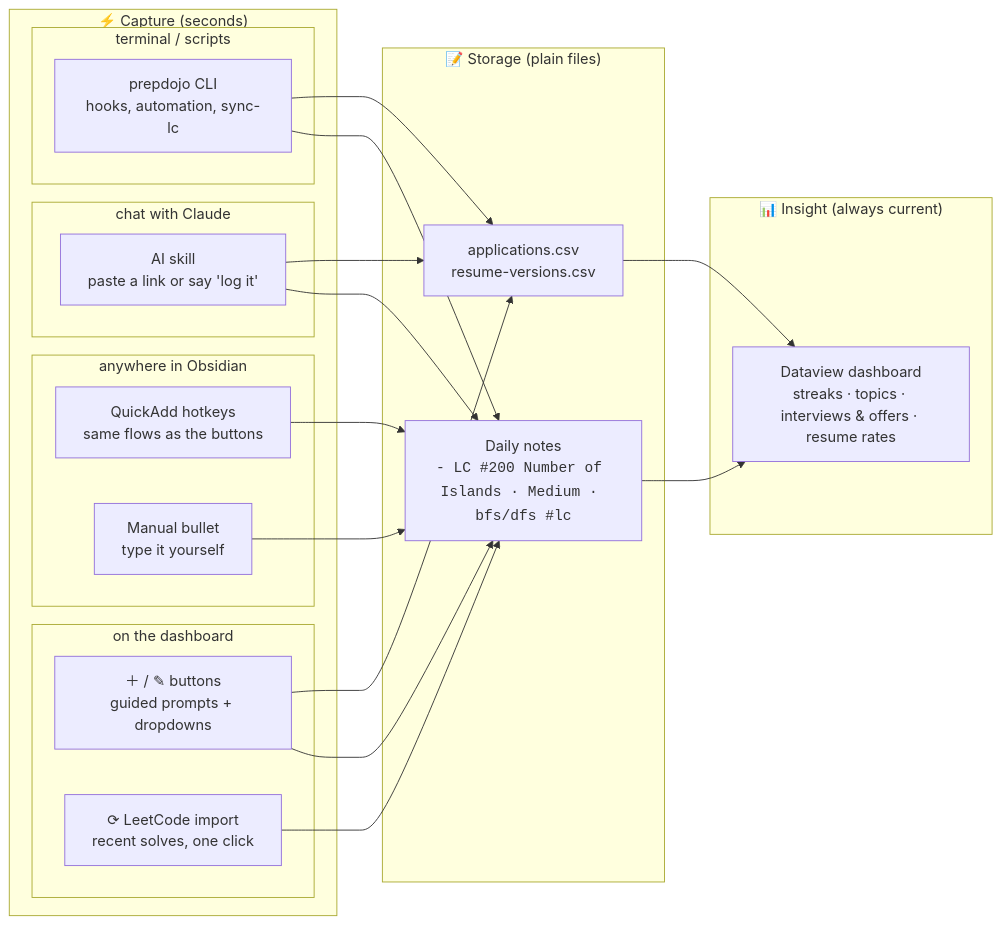
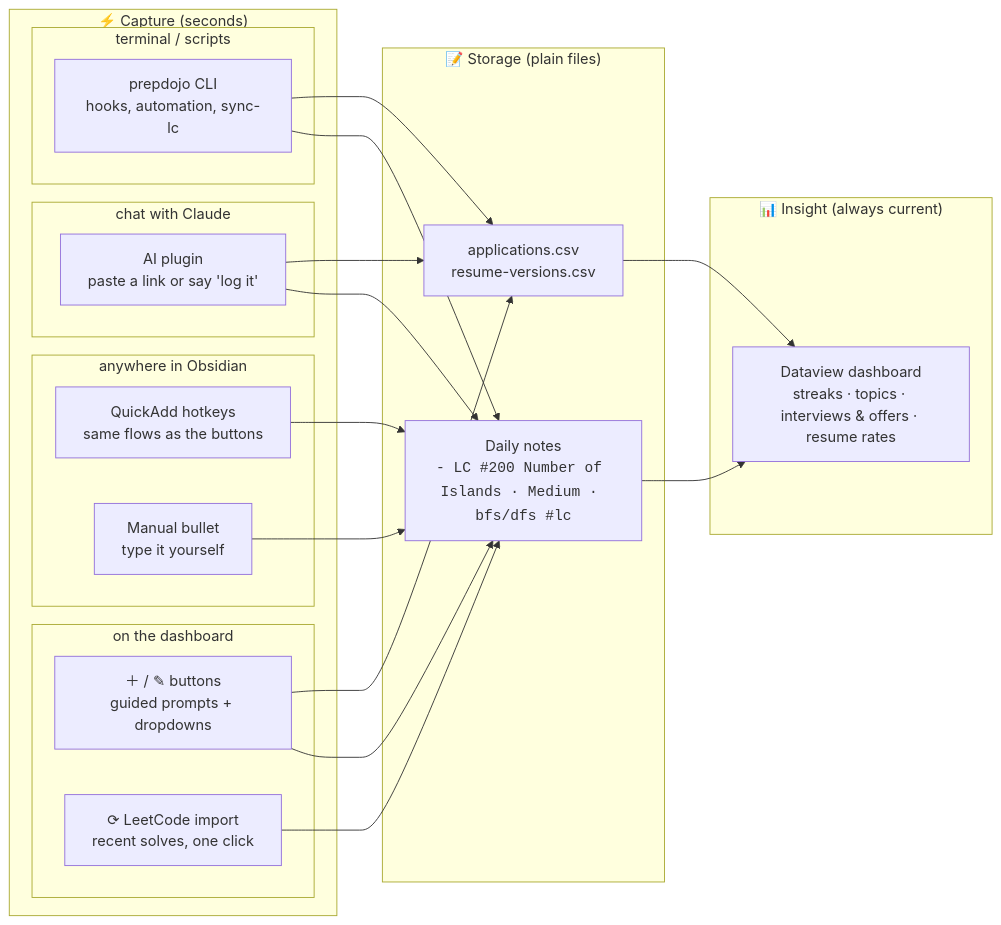
Before and after one commit to aaaxy/PrepDojo: the first of 2 diagrams in README.md, drawn with Mermaid. The commit also changed other lines of this file and 11 other files, not shown here.

````diff
--- a/README.md
+++ b/README.md
@@ -140,37 +151,37 @@
 ```mermaid
 flowchart LR
     subgraph capture ["⚡ Capture (seconds)"]
         subgraph obs ["on the dashboard"]
             BT["＋ / ✎ buttons<br/>guided prompts + dropdowns"]
             IMP["⟳ LeetCode import<br/>recent solves, one click"]
         end
         subgraph obs2 ["anywhere in Obsidian"]
             QA["QuickAdd hotkeys<br/>same flows as the buttons"]
             MB["Manual bullet<br/>type it yourself"]
         end
         subgraph cl ["chat with Claude"]
-            CS["AI skill<br/>paste a link or say 'log it'"]
+            CS["AI plugin<br/>paste a link or say 'log it'"]
         end
         subgraph term ["terminal / scripts"]
             CLI["prepdojo CLI<br/>hooks, automation, sync-lc"]
         end
     end
     subgraph storage ["📝 Storage (plain files)"]
         DN["Daily notes<br/><code>- LC #200 Number of Islands · Medium · bfs/dfs #lc</code>"]
         CSV["applications.csv<br/>resume-versions.csv"]
     end
     subgraph insight ["📊 Insight (always current)"]
         DB["Dataview dashboard<br/>streaks · topics · interviews & offers · resume rates"]
     end
     BT --> DN
     IMP --> DN
     QA --> DN
     MB --> DN
     CS --> DN
     CLI --> DN
     BT --> CSV
     CS --> CSV
     CLI --> CSV
     DN --> DB
     CSV --> DB
 ```
````
